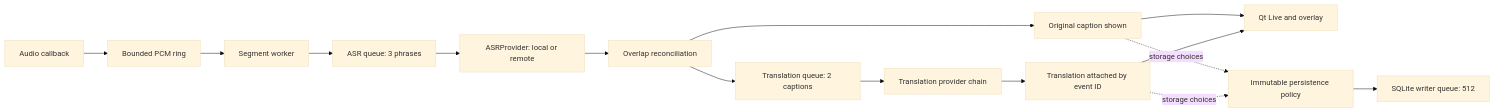
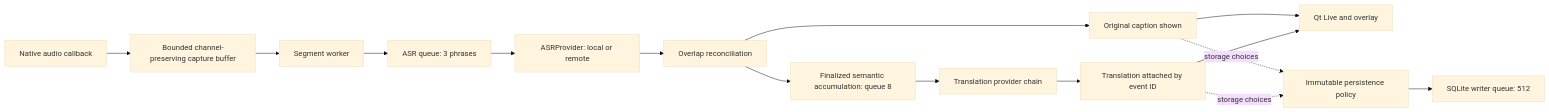
One commit to ChanJianHao/SubbyAI changed the diagram in docs/architecture.md. Above: the diagram before and after it, drawn with Mermaid (base theme). The commit also changed other lines of this file and 90 other files, not shown here.

````diff
--- a/docs/architecture.md
+++ b/docs/architecture.md
@@ -7,17 +7,17 @@
 ```mermaid
 flowchart LR
-    A[Audio callback] --> B[Bounded PCM ring]
+    A[Native audio callback] --> B[Bounded channel-preserving capture buffer]
     B --> C[Segment worker]
     C --> D[ASR queue: 3 phrases]
     D --> E[ASRProvider: local or remote]
     E --> F[Overlap reconciliation]
     F --> G[Original caption shown]
-    F --> H[Translation queue: 2 captions]
+    F --> H[Finalized semantic accumulation: queue 8]
     H --> I[Translation provider chain]
     I --> J[Translation attached by event ID]
     G --> K[Qt Live and overlay]
     J --> K
     G -. storage choices .-> P[Immutable persistence policy]
     J -. storage choices .-> P
     P --> L[SQLite writer queue: 512]
 ```
````
